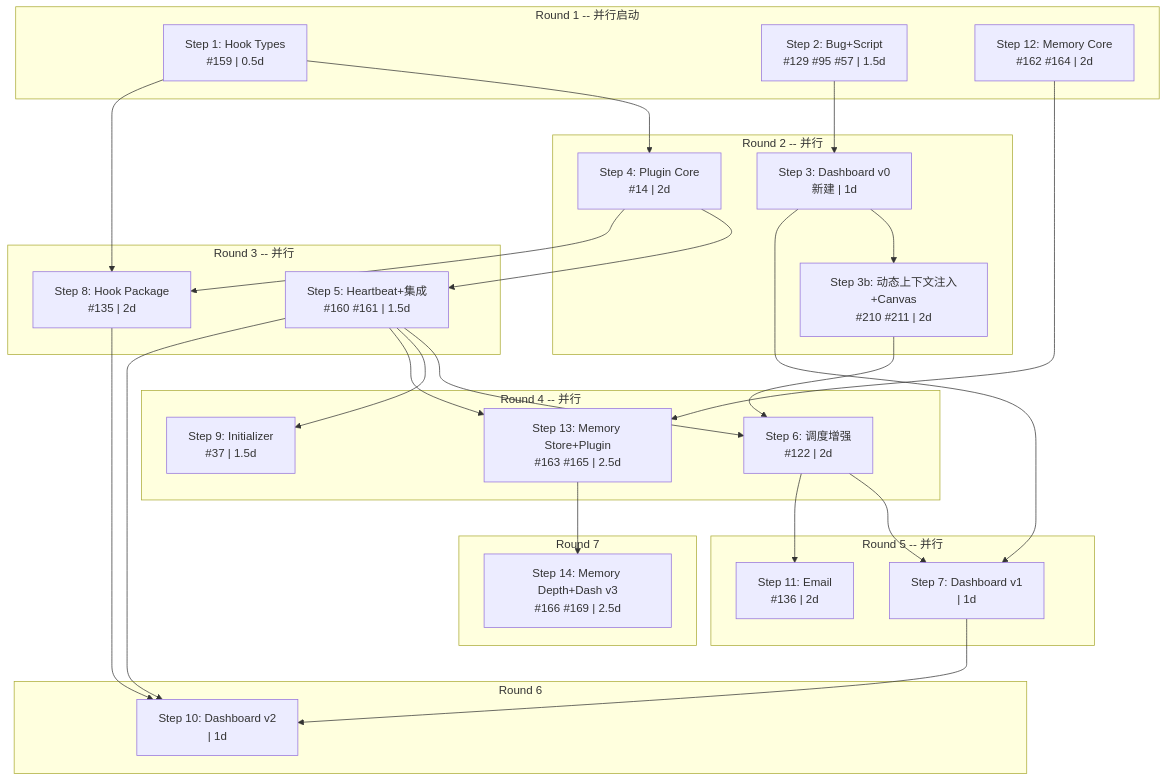
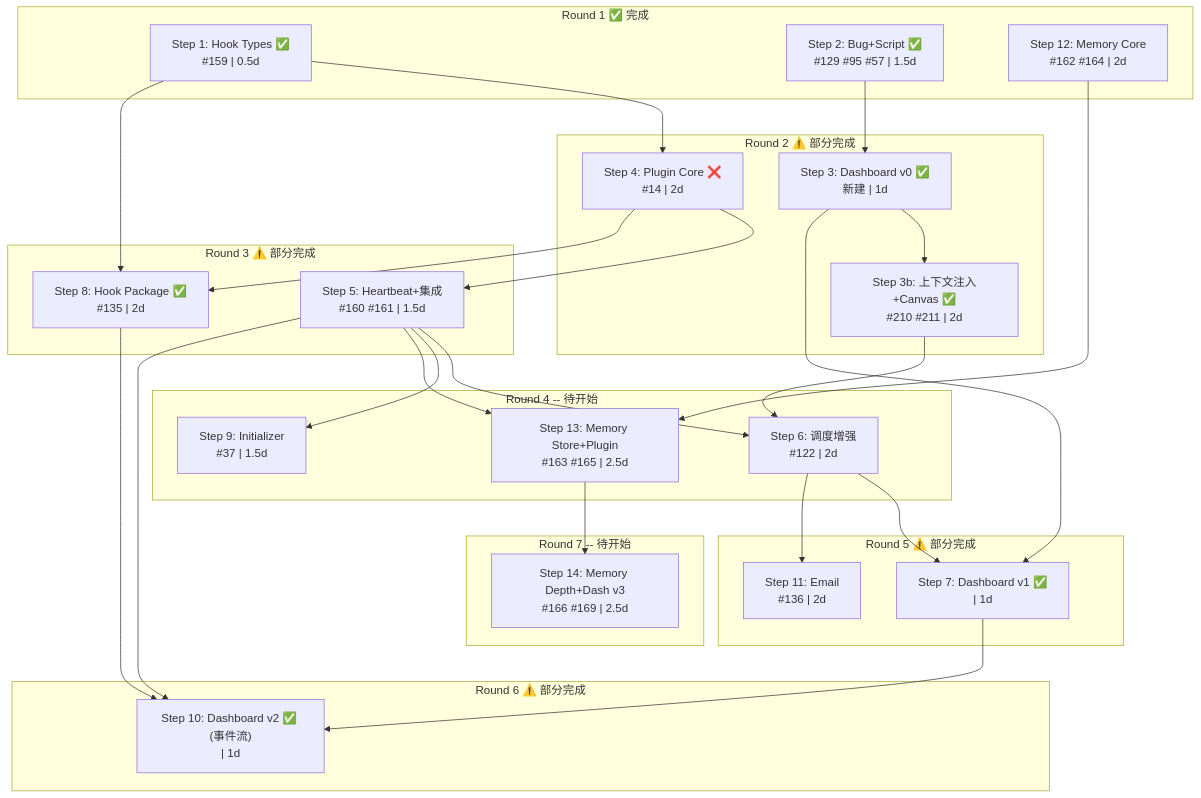
Before and after one commit to blackplume233/Actant: the diagram in docs/planning/phase4-employee-steps.md, drawn with Mermaid. The commit also changed other lines of this file and 19 other files, not shown here.

````diff
--- a/docs/planning/phase4-employee-steps.md
+++ b/docs/planning/phase4-employee-steps.md
@@ -24,57 +25,57 @@
 ```mermaid
 flowchart TB
-    subgraph R1 ["Round 1 -- 并行启动"]
-        S1["Step 1: Hook Types<br/>#159 | 0.5d"]
-        S2["Step 2: Bug+Script<br/>#129 #95 #57 | 1.5d"]
+    subgraph R1 ["Round 1 ✅ 完成"]
+        S1["Step 1: Hook Types ✅<br/>#159 | 0.5d"]
+        S2["Step 2: Bug+Script ✅<br/>#129 #95 #57 | 1.5d"]
         S12["Step 12: Memory Core<br/>#162 #164 | 2d"]
     end
 
-    subgraph R2 ["Round 2 -- 并行"]
-        S3["Step 3: Dashboard v0<br/>新建 | 1d"]
-        S3b["Step 3b: 动态上下文注入+Canvas<br/>#210 #211 | 2d"]
-        S4["Step 4: Plugin Core<br/>#14 | 2d"]
+    subgraph R2 ["Round 2 ⚠️ 部分完成"]
+        S3["Step 3: Dashboard v0 ✅<br/>新建 | 1d"]
+        S3b["Step 3b: 上下文注入+Canvas ✅<br/>#210 #211 | 2d"]
+        S4["Step 4: Plugin Core ❌<br/>#14 | 2d"]
     end
 
-    subgraph R3 ["Round 3 -- 并行"]
+    subgraph R3 ["Round 3 ⚠️ 部分完成"]
         S5["Step 5: Heartbeat+集成<br/>#160 #161 | 1.5d"]
-        S8["Step 8: Hook Package<br/>#135 | 2d"]
+        S8["Step 8: Hook Package ✅<br/>#135 | 2d"]
     end
 
-    subgraph R4 ["Round 4 -- 并行"]
+    subgraph R4 ["Round 4 -- 待开始"]
         S6["Step 6: 调度增强<br/>#122 | 2d"]
         S9["Step 9: Initializer<br/>#37 | 1.5d"]
         S13["Step 13: Memory Store+Plugin<br/>#163 #165 | 2.5d"]
     end
 
-    subgraph R5 ["Round 5 -- 并行"]
-        S7["Step 7: Dashboard v1<br/>| 1d"]
+    subgraph R5 ["Round 5 ⚠️ 部分完成"]
+        S7["Step 7: Dashboard v1 ✅<br/>| 1d"]
         S11["Step 11: Email<br/>#136 | 2d"]
     end
 
-    subgraph R6 ["Round 6"]
-        S10["Step 10: Dashboard v2<br/>| 1d"]
+    subgraph R6 ["Round 6 ⚠️ 部分完成"]
+        S10["Step 10: Dashboard v2 ✅ (事件流)<br/>| 1d"]
     end
 
-    subgraph R7 ["Round 7"]
+    subgraph R7 ["Round 7 -- 待开始"]
         S14["Step 14: Memory Depth+Dash v3<br/>#166 #169 | 2.5d"]
     end
 
     S1 --> S4
     S2 --> S3
     S3 --> S3b
     S4 --> S5
     S1 --> S8
     S4 --> S8
     S5 --> S6
     S3b --> S6
     S5 --> S9
     S5 --> S13
     S12 --> S13
     S3 --> S7
     S6 --> S7
     S6 --> S11
     S7 --> S10
     S5 --> S10
     S8 --> S10
     S13 --> S14
 ```
````
